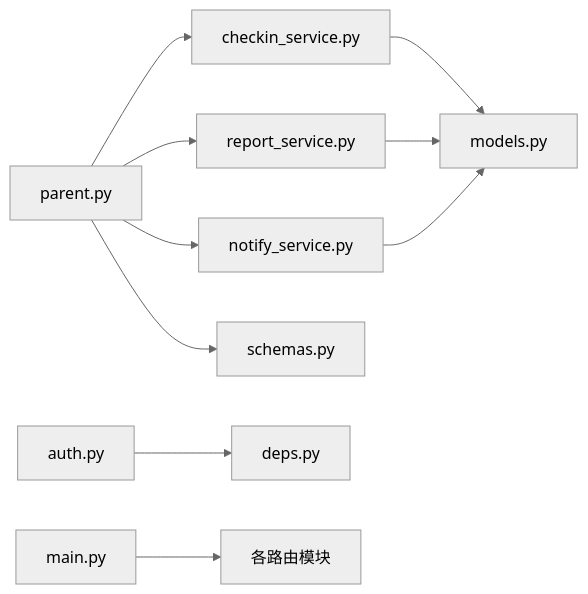
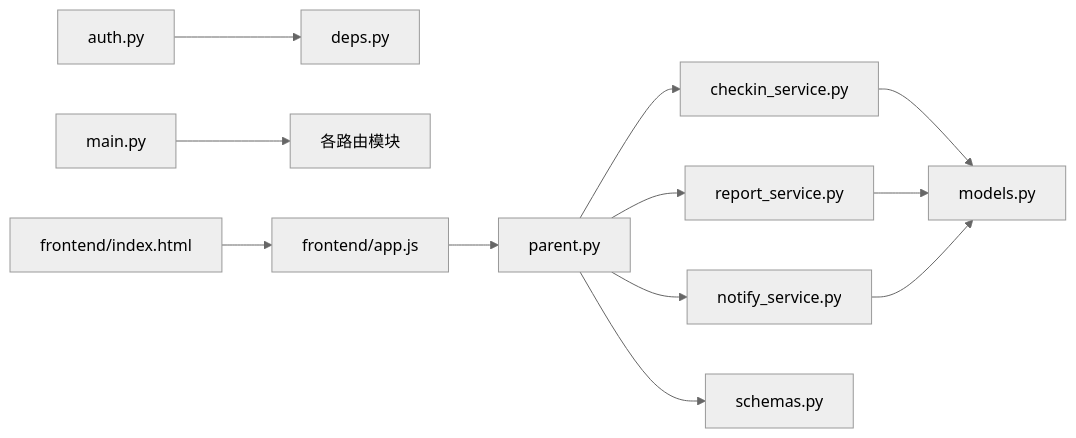
One commit to onebody/homework changed the eighth of 8 diagrams in .qoder/repowiki/zh/content/暑假作业打卡系统/后端服务架构/路由层设计/家长监督路由.md. Above: the diagram before and after it, drawn with Mermaid (neutral theme). The commit also changed other lines of this file and 10 other files, not shown here.

````diff
--- a/.qoder/repowiki/zh/content/暑假作业打卡系统/后端服务架构/路由层设计/家长监督路由.md
+++ b/.qoder/repowiki/zh/content/暑假作业打卡系统/后端服务架构/路由层设计/家长监督路由.md
@@ -306,12 +380,14 @@
 ```mermaid
 graph LR
 Parent["parent.py"] --> CheckinSvc["checkin_service.py"]
 Parent --> ReportSvc["report_service.py"]
 Parent --> NotifySvc["notify_service.py"]
 CheckinSvc --> Models["models.py"]
 ReportSvc --> Models
 NotifySvc --> Models
 Parent --> Schemas["schemas.py"]
 Auth["auth.py"] --> Deps["deps.py"]
 Main["main.py"] --> AllRouters["各路由模块"]
+Frontend["frontend/app.js"] --> Parent
+HTML["frontend/index.html"] --> Frontend
 ```
````
